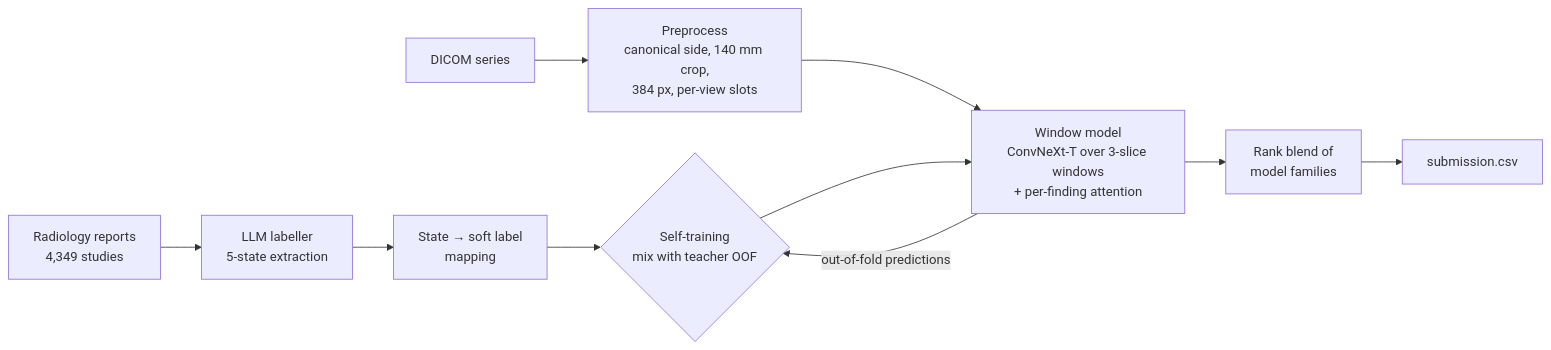
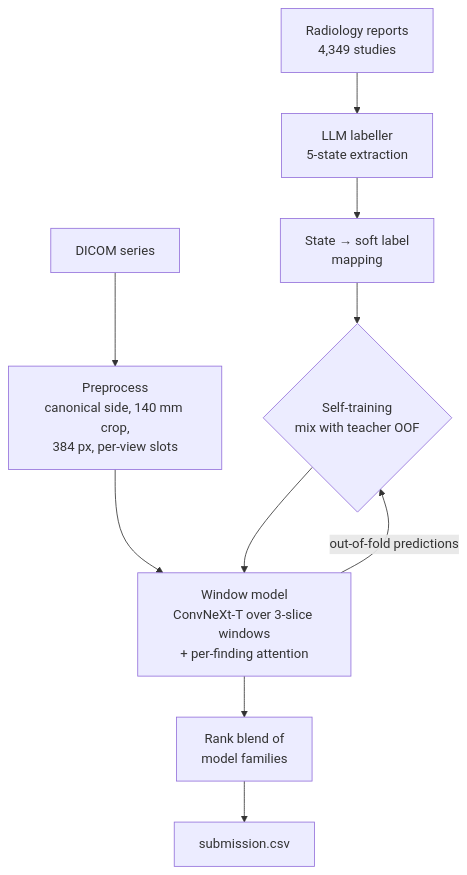
The diagram in README.md (sarveshjnikas/rsna-knee-abnormality), drawn with Mermaid before and after one commit.

Commit message:
README: top-down pipeline diagram

````diff
--- a/README.md
+++ b/README.md
@@ -31,12 +31,12 @@
 ```mermaid
-flowchart LR
+flowchart TD
     R[Radiology reports<br/>4,349 studies] --> L[LLM labeller<br/>5-state extraction]
     L --> M[State → soft label<br/>mapping]
     M --> ST{Self-training<br/>mix with teacher OOF}
     D[DICOM series] --> P[Preprocess<br/>canonical side, 140 mm crop,<br/>384 px, per-view slots]
     P --> W[Window model<br/>ConvNeXt-T over 3-slice windows<br/>+ per-finding attention]
     ST --> W
     W -- out-of-fold predictions --> ST
     W --> B[Rank blend of<br/>model families]
     B --> S[submission.csv]
 ```
````
